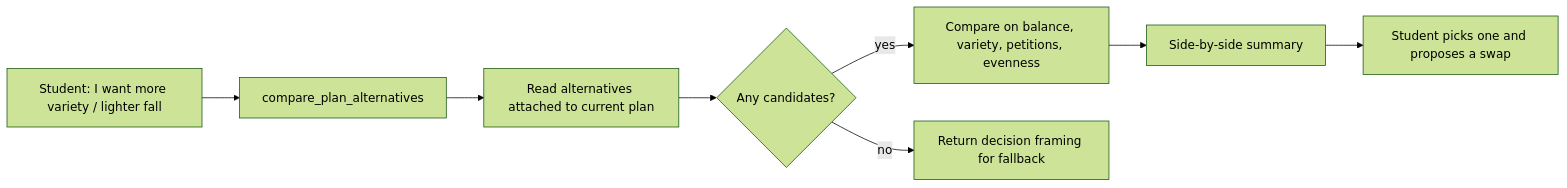
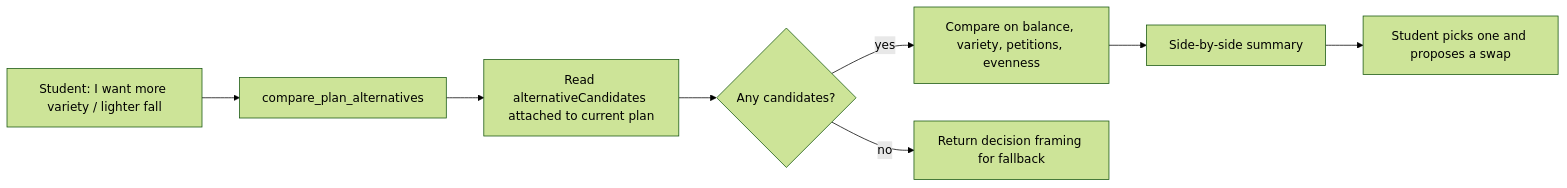
One commit to EdoardoMongardi/NYU_Path changed the first of 2 diagrams in Docs/current-system/tools/compare_plan_alternatives.md. Above: the diagram before and after it, drawn with Mermaid (forest theme). The commit also changed other lines of this file and 73 other files, not shown here.

````diff
--- a/Docs/current-system/tools/compare_plan_alternatives.md
+++ b/Docs/current-system/tools/compare_plan_alternatives.md
@@ -7,10 +9,10 @@
 ```mermaid
 flowchart LR
     Q[Student: I want more variety / lighter fall] --> T[compare_plan_alternatives]
-    T --> R[Read alternatives attached to current plan]
+    T --> R[Read alternativeCandidates attached to current plan]
     R --> C{Any candidates?}
     C -->|yes| AXES[Compare on balance, variety, petitions, evenness]
     C -->|no| FRAME[Return decision framing for fallback]
     AXES --> P[Side-by-side summary]
     P --> A[Student picks one and proposes a swap]
 ```
````
